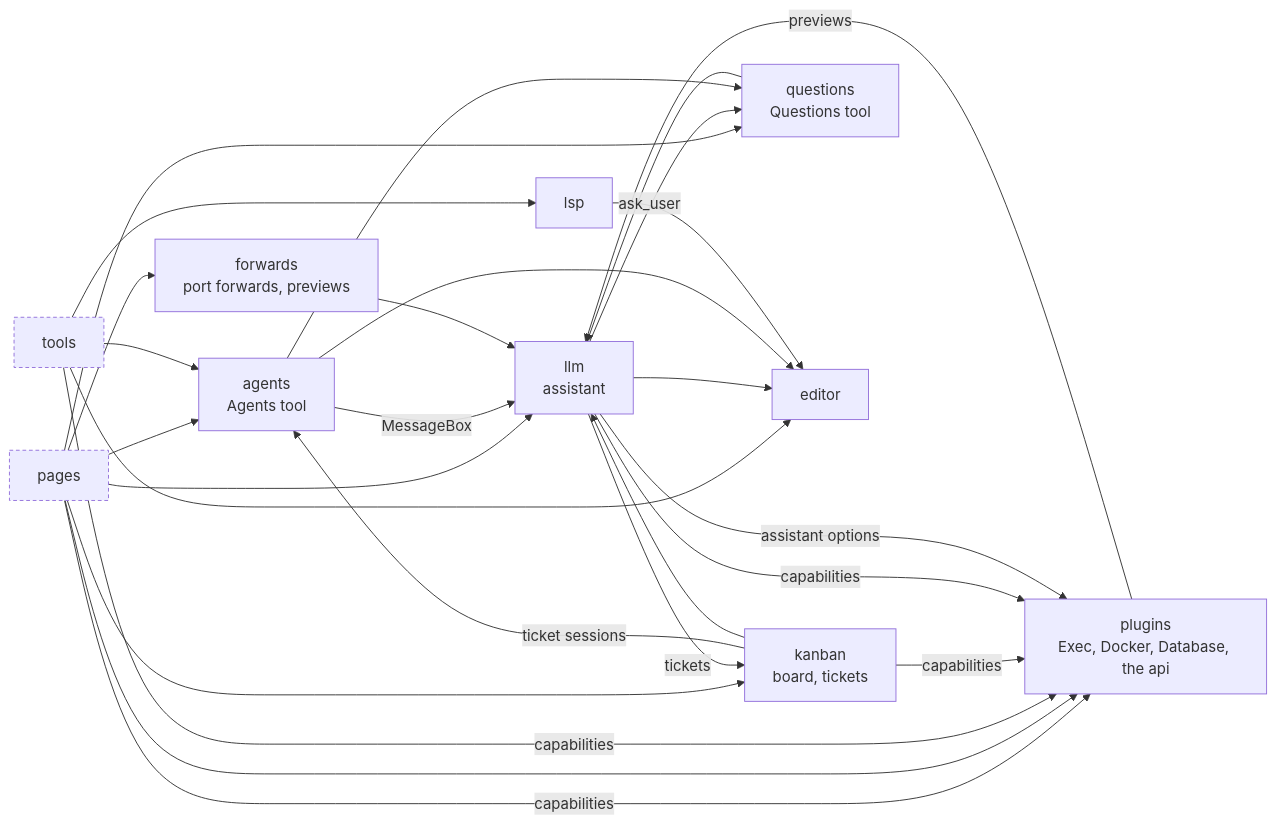
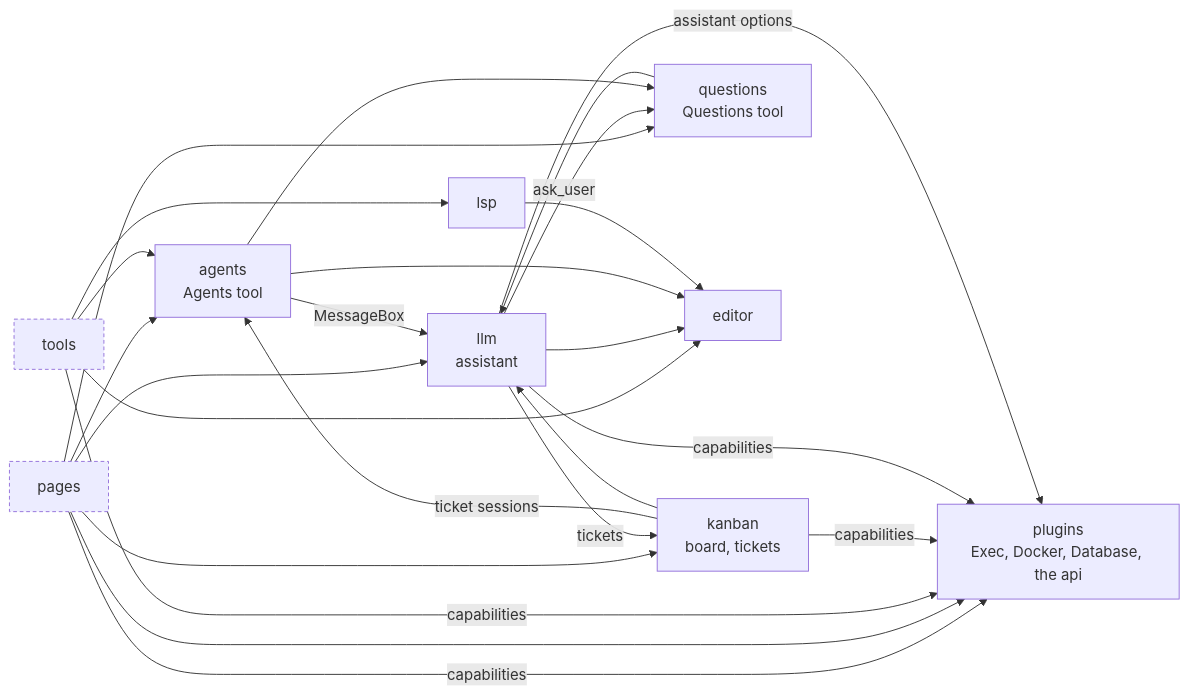
The second of 2 diagrams in web/src/README.md (DrSmithFr/web-ide), drawn with Mermaid before and after one commit. The commit also changed other lines of this file and 39 other files, not shown here.

First line of the commit message:
#119 Plugins: Previews (port forwards and app previews) requires terminal, provides previews

````diff
--- a/web/src/README.md
+++ b/web/src/README.md
@@ -43,41 +43,37 @@
 ```mermaid
 flowchart LR
   pages["pages"]
   tools["tools"]
   kanban["kanban<br/>board, tickets"]
   llm["llm<br/>assistant"]
   agents["agents<br/>Agents tool"]
   questions["questions<br/>Questions tool"]
   plugins["plugins<br/>Exec, Docker, Database, the api"]
-  forwards["forwards<br/>port forwards, previews"]
   editor["editor"]
   lsp["lsp"]
   pages --> agents
   pages -->|"capabilities"| plugins
-  pages --> forwards
   pages --> plugins
   pages --> kanban
   pages --> llm
   pages --> questions
   tools --> agents
   tools -->|"capabilities"| plugins
   tools --> editor
   tools --> lsp
   kanban -->|"ticket sessions"| agents
   kanban -->|"capabilities"| plugins
   kanban --> llm
   llm -->|"capabilities"| plugins
   llm -->|"assistant options"| plugins
   llm --> editor
   llm -->|"tickets"| kanban
   llm -->|"ask_user"| questions
   agents --> editor
   agents -->|"MessageBox"| llm
   agents --> questions
   questions --> llm
-  plugins -->|"previews"| llm
-  forwards --> llm
   lsp --> editor
   classDef other stroke-dasharray: 4 3
   class pages,tools other
 ```
````
